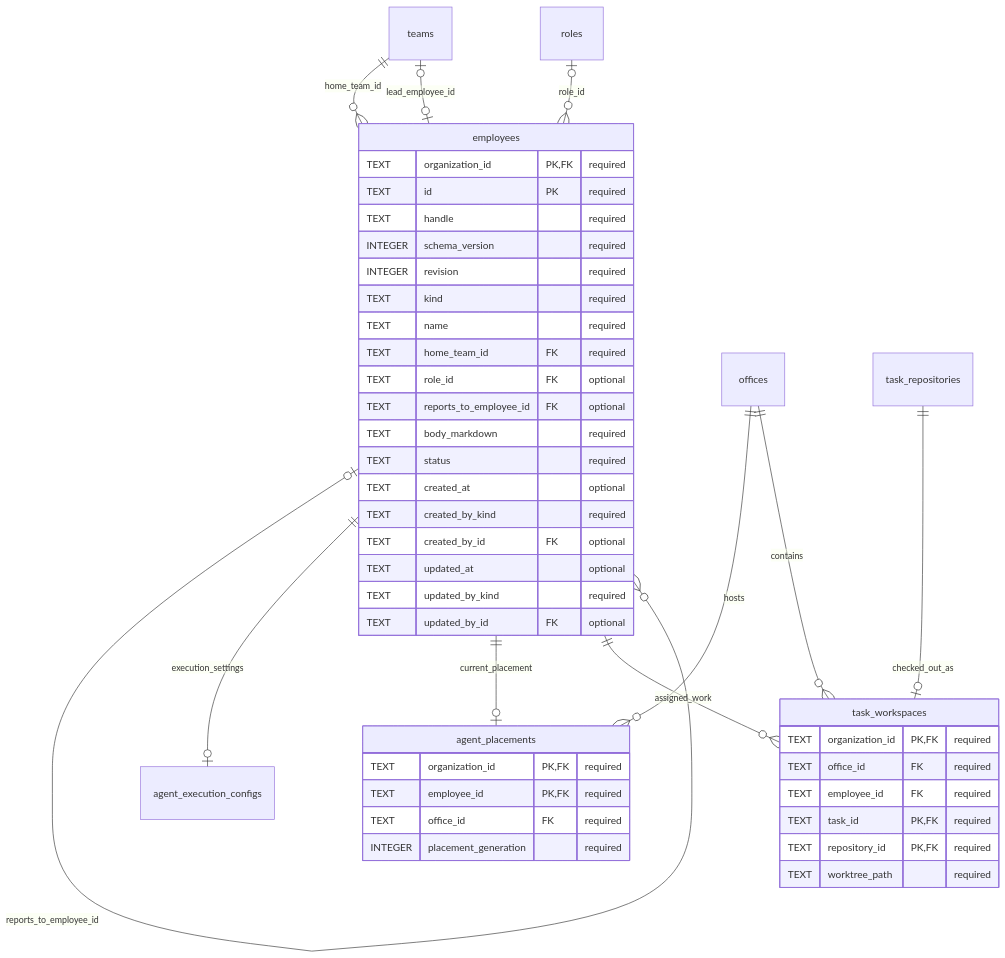
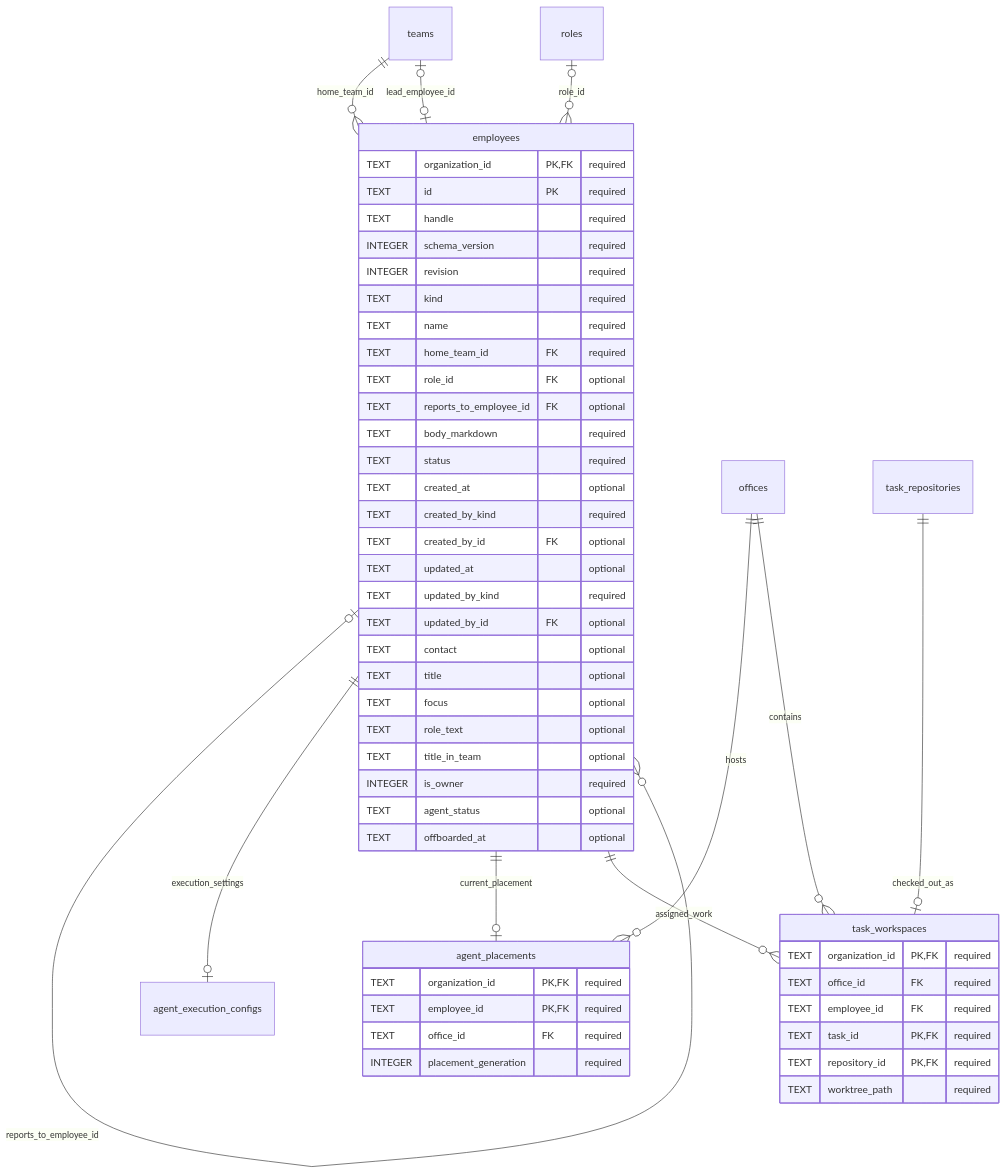
Before and after one commit to vgmello/agentic-org: the diagram in docs/design/organization-data/04-agent-structure.md, drawn with Mermaid. The commit also changed other lines of this file and 13 other files, not shown here.

````diff
--- a/docs/design/organization-data/04-agent-structure.md
+++ b/docs/design/organization-data/04-agent-structure.md
@@ -7,47 +7,55 @@
 ```mermaid
 erDiagram
     teams ||--o{ employees : home_team_id
     teams o|--o| employees : lead_employee_id
     roles o|--o{ employees : role_id
     employees o|--o{ employees : reports_to_employee_id
     employees ||--o| agent_execution_configs : execution_settings
     employees ||--o| agent_placements : current_placement
     offices ||--o{ agent_placements : hosts
     employees ||--o{ task_workspaces : assigned_work
     offices ||--o{ task_workspaces : contains
     task_repositories ||--o| task_workspaces : checked_out_as
     employees {
         TEXT organization_id PK, FK "required"
         TEXT id PK "required"
         TEXT handle "required"
         INTEGER schema_version "required"
         INTEGER revision "required"
         TEXT kind "required"
         TEXT name "required"
         TEXT home_team_id FK "required"
         TEXT role_id FK "optional"
         TEXT reports_to_employee_id FK "optional"
         TEXT body_markdown "required"
         TEXT status "required"
         TEXT created_at "optional"
         TEXT created_by_kind "required"
         TEXT created_by_id FK "optional"
         TEXT updated_at "optional"
         TEXT updated_by_kind "required"
         TEXT updated_by_id FK "optional"
+        TEXT contact "optional"
+        TEXT title "optional"
+        TEXT focus "optional"
+        TEXT role_text "optional"
+        TEXT title_in_team "optional"
+        INTEGER is_owner "required"
+        TEXT agent_status "optional"
+        TEXT offboarded_at "optional"
     }
     agent_placements {
         TEXT organization_id PK, FK "required"
         TEXT employee_id PK, FK "required"
         TEXT office_id FK "required"
         INTEGER placement_generation "required"
     }
     task_workspaces {
         TEXT organization_id PK, FK "required"
         TEXT office_id FK "required"
         TEXT employee_id FK "required"
         TEXT task_id PK, FK "required"
         TEXT repository_id PK, FK "required"
         TEXT worktree_path "required"
     }
 ```
````
